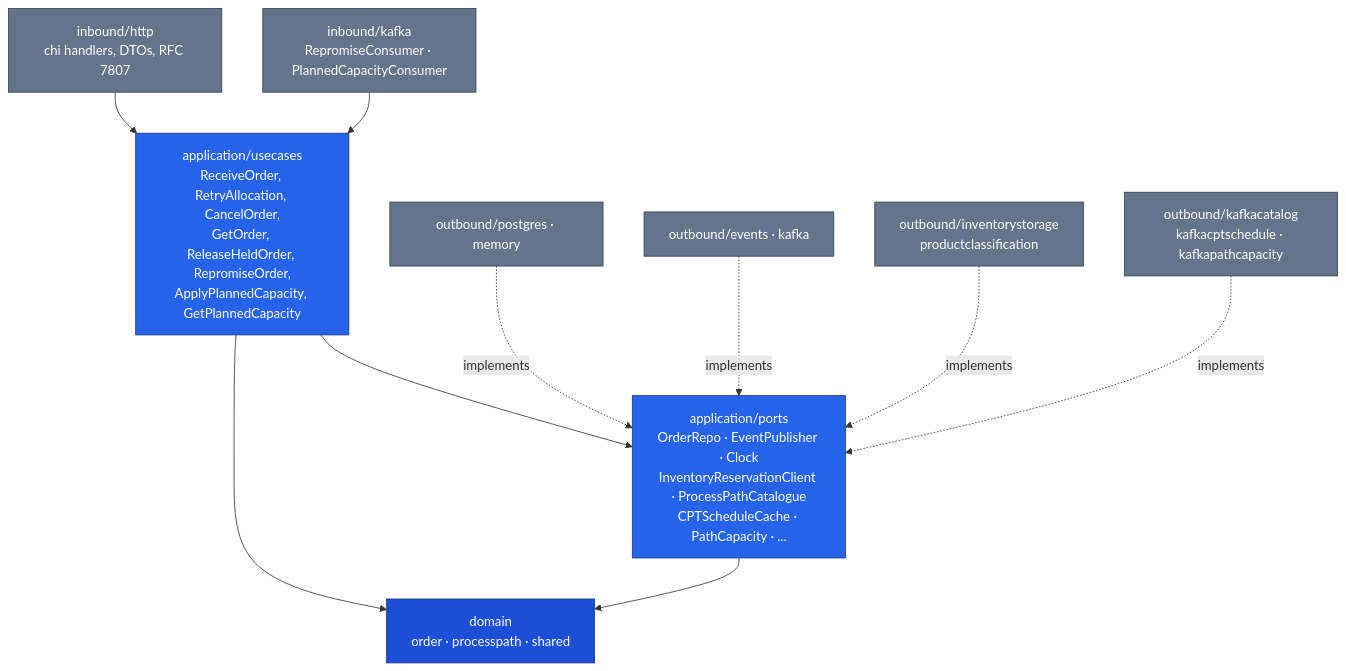
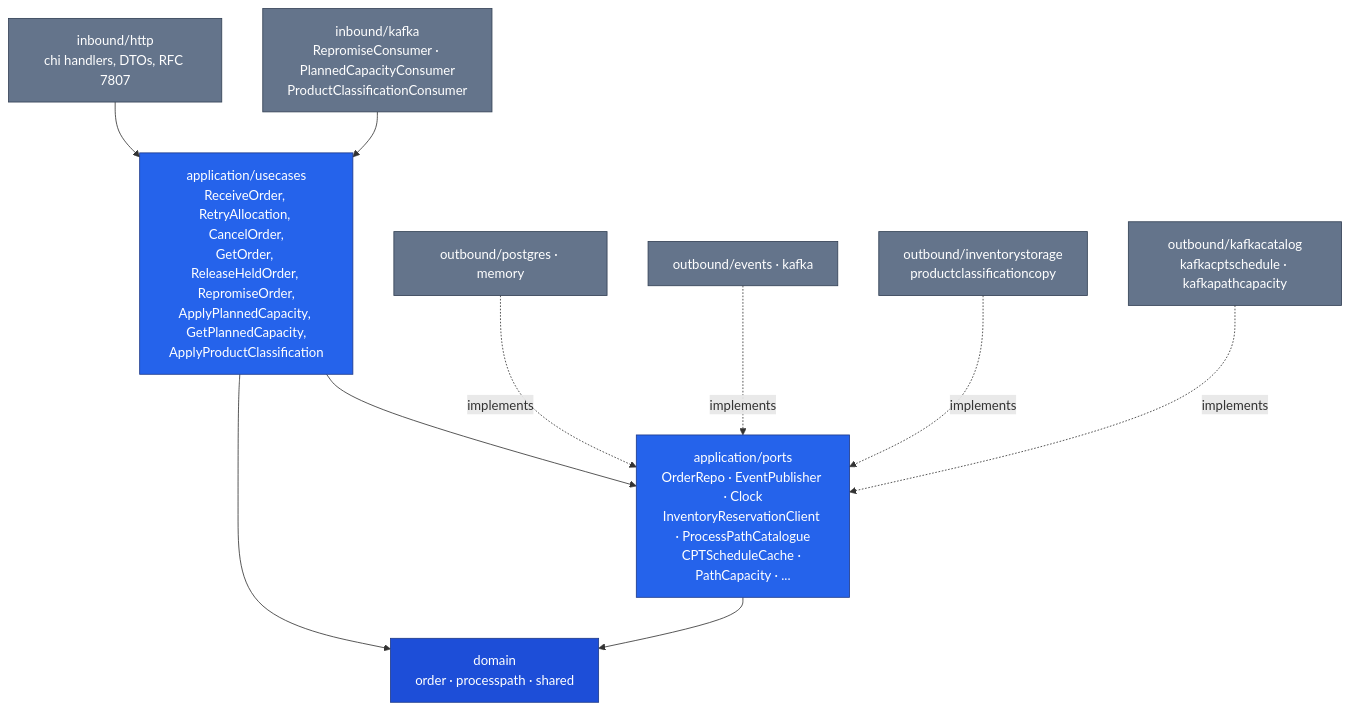
One commit to IQVO/order-management changed the diagram in docs/docs/overview/architecture.md. Above: the diagram before and after it, drawn with Mermaid. The commit also changed other lines of this file and 14 other files, not shown here.

Commit message:
docs: asyncapi consumed channel warehouse.product-master.events, CloudEvents catalogue row, rules/README/docs stop describing the live classification lookup (ADR 0036)

````diff
--- a/docs/docs/overview/architecture.md
+++ b/docs/docs/overview/architecture.md
@@ -74,29 +78,29 @@
 ```mermaid
 flowchart TB
   HTTP["inbound/http<br/>chi handlers, DTOs, RFC 7807"]
-  KIN["inbound/kafka<br/>RepromiseConsumer · PlannedCapacityConsumer"]
-  UC["application/usecases<br/>ReceiveOrder, RetryAllocation, CancelOrder,<br/>GetOrder, ReleaseHeldOrder, RepromiseOrder,<br/>ApplyPlannedCapacity, GetPlannedCapacity"]
+  KIN["inbound/kafka<br/>RepromiseConsumer · PlannedCapacityConsumer<br/>ProductClassificationConsumer"]
+  UC["application/usecases<br/>ReceiveOrder, RetryAllocation, CancelOrder,<br/>GetOrder, ReleaseHeldOrder, RepromiseOrder,<br/>ApplyPlannedCapacity, GetPlannedCapacity,<br/>ApplyProductClassification"]
   P["application/ports<br/>OrderRepo · EventPublisher · Clock<br/>InventoryReservationClient · ProcessPathCatalogue<br/>CPTScheduleCache · PathCapacity · ..."]
   D["domain<br/>order · processpath · shared"]
   PG["outbound/postgres · memory"]
   EV["outbound/events · kafka"]
-  INVC["outbound/inventorystorage<br/>productclassification"]
+  INVC["outbound/inventorystorage<br/>productclassificationcopy"]
   CACHE["outbound/kafkacatalog<br/>kafkacptschedule · kafkapathcapacity"]
 
   HTTP --> UC
   KIN --> UC
   UC --> P
   UC --> D
   P --> D
   PG -.implements.-> P
   EV -.implements.-> P
   INVC -.implements.-> P
   CACHE -.implements.-> P
 
   classDef dom fill:#1d4ed8,stroke:#1e3a8a,color:#fff;
   classDef app fill:#2563eb,stroke:#1e3a8a,color:#fff;
   classDef adp fill:#64748b,stroke:#334155,color:#fff;
   class D dom;
   class UC,P app;
   class HTTP,KIN,PG,EV,INVC,CACHE adp;
 ```
````
